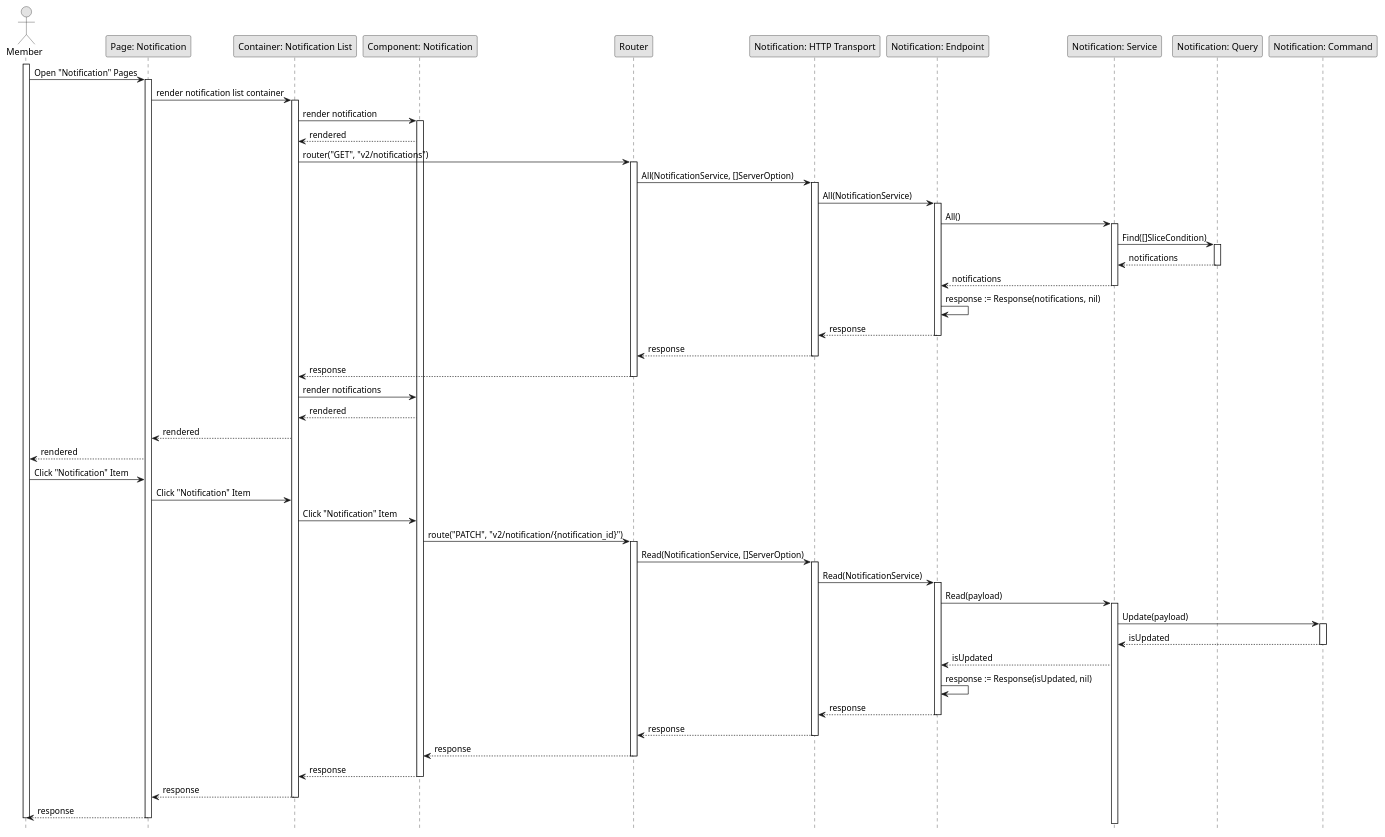
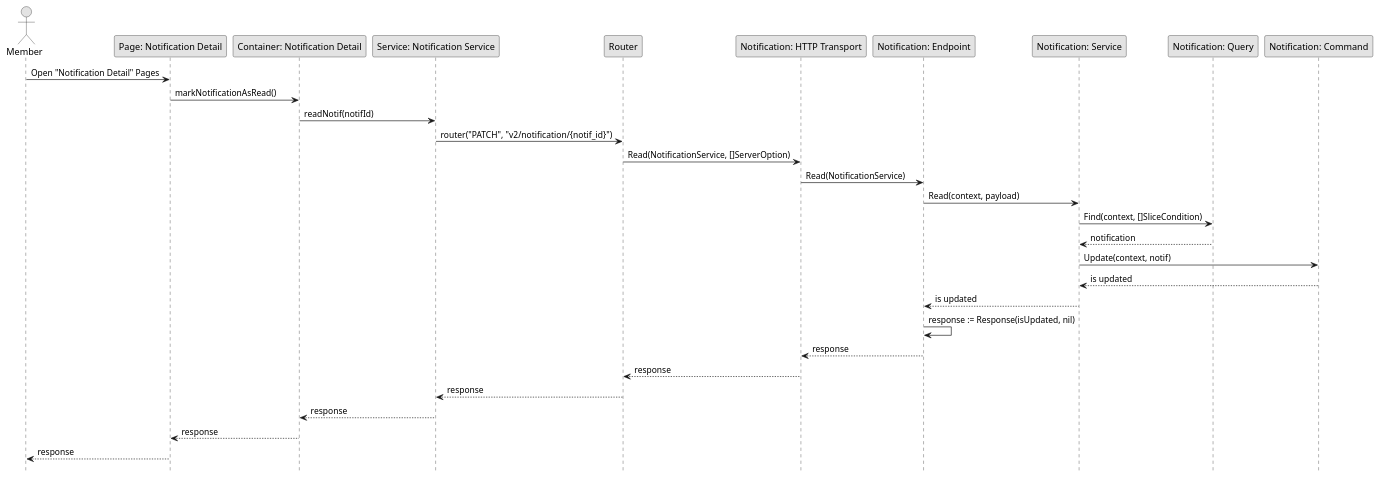
The diagram in Sequence/Release04/ReadNotification.wsd (fwidjaya20/fazzlearning-uml), drawn with PlantUML before and after one commit. The commit also changed 32 other files, not shown here.

```diff
--- a/Sequence/Release04/ReadNotification.wsd
+++ b/Sequence/Release04/ReadNotification.wsd
@@ -1,85 +1,41 @@
 @startuml ReadNotification
 
 skinparam Monochrome true
 skinparam Shadowing false
 hide footbox
 
 actor Member
-participant "Page: Notification" as NotificationPage
-participant "Container: Notification List" as NotificationListContainer
-participant "Component: Notification" as Notification
+participant "Page: Notification Detail" as NotificationDetailPage
+participant "Container: Notification Detail" as NotificationContainer
+participant "Service: Notification Service" as FENotificationService
 participant "Router" as Router
 participant "Notification: HTTP Transport" as NotificationHTTPTransport
 participant "Notification: Endpoint" as NotificationEndpoint
 participant "Notification: Service" as NotificationService
 participant "Notification: Query" as NotificationQuery
 participant "Notification: Command" as NotificationCommand
 
-activate Member
+Member->NotificationDetailPage: Open "Notification Detail" Pages
+NotificationDetailPage->NotificationContainer: markNotificationAsRead()
+NotificationContainer->FENotificationService: readNotif(notifId)
+FENotificationService->Router: router("PATCH", "v2/notification/{notif_id}")
+Router->NotificationHTTPTransport: Read(NotificationService, []ServerOption)
+NotificationHTTPTransport->NotificationEndpoint: Read(NotificationService)
+NotificationEndpoint->NotificationService: Read(context, payload)
 
-Member->NotificationPage: Open "Notification" Pages
-activate NotificationPage
-NotificationPage->NotificationListContainer: render notification list container
-activate NotificationListContainer
-NotificationListContainer->Notification: render notification
-activate Notification
-Notification-->NotificationListContainer: rendered
-NotificationListContainer->Router: router("GET", "v2/notifications")
-activate Router
-Router->NotificationHTTPTransport: All(NotificationService, []ServerOption)
-activate NotificationHTTPTransport
-NotificationHTTPTransport->NotificationEndpoint: All(NotificationService)
-activate NotificationEndpoint
-NotificationEndpoint->NotificationService: All()
-activate NotificationService
-NotificationService->NotificationQuery: Find([]SliceCondition)
-activate NotificationQuery
-NotificationQuery-->NotificationService: notifications
-deactivate NotificationQuery
-NotificationService-->NotificationEndpoint: notifications
-deactivate NotificationService
-NotificationEndpoint->NotificationEndpoint: response := Response(notifications, nil)
-NotificationEndpoint-->NotificationHTTPTransport: response
-deactivate NotificationEndpoint
-NotificationHTTPTransport-->Router: response
-deactivate NotificationHTTPTransport
-Router-->NotificationListContainer: response
-deactivate Router
-NotificationListContainer->Notification: render notifications
-Notification-->NotificationListContainer: rendered
-NotificationListContainer-->NotificationPage: rendered
-NotificationPage-->Member: rendered
+NotificationService->NotificationQuery: Find(context, []SliceCondition)
+NotificationQuery-->NotificationService: notification
 
-Member->NotificationPage: Click "Notification" Item
-NotificationPage->NotificationListContainer: Click "Notification" Item
-NotificationListContainer->Notification: Click "Notification" Item
-Notification->Router: route("PATCH", "v2/notification/{notification_id}")
-activate Router
-Router->NotificationHTTPTransport: Read(NotificationService, []ServerOption)
-activate NotificationHTTPTransport
-NotificationHTTPTransport->NotificationEndpoint: Read(NotificationService)
-activate NotificationEndpoint
-NotificationEndpoint->NotificationService: Read(payload)
-activate NotificationService
-NotificationService->NotificationCommand: Update(payload)
-activate NotificationCommand
-NotificationCommand-->NotificationService: isUpdated
-deactivate NotificationCommand
-NotificationService-->NotificationEndpoint: isUpdated
+NotificationService->NotificationCommand: Update(context, notif)
+NotificationCommand-->NotificationService: is updated
+
+NotificationService-->NotificationEndpoint: is updated
 NotificationEndpoint->NotificationEndpoint: response := Response(isUpdated, nil)
 NotificationEndpoint-->NotificationHTTPTransport: response
-deactivate NotificationEndpoint
 NotificationHTTPTransport-->Router: response
-deactivate NotificationHTTPTransport
-Router-->Notification: response
-deactivate Router
-Notification-->NotificationListContainer: response
-deactivate Notification
-NotificationListContainer-->NotificationPage: response
-deactivate NotificationListContainer
-NotificationPage-->Member: response
-deactivate NotificationPage
-
-deactivate Member
+Router-->FENotificationService: response
+FENotificationService-->NotificationContainer: response
+NotificationContainer-->NotificationDetailPage: response
+NotificationDetailPage-->Member: response
 
 @enduml
```
